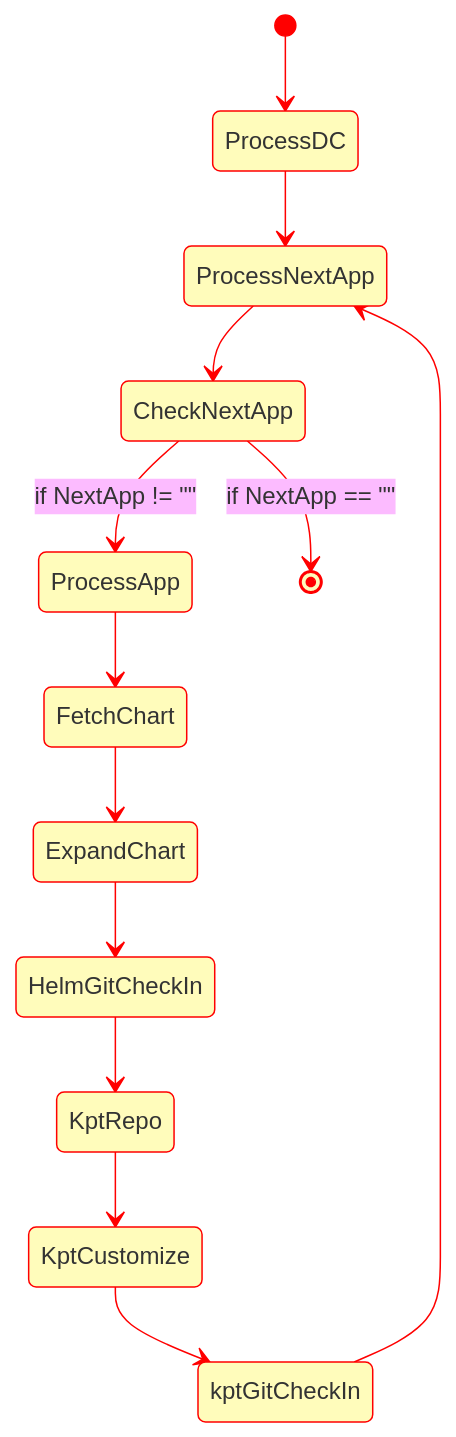
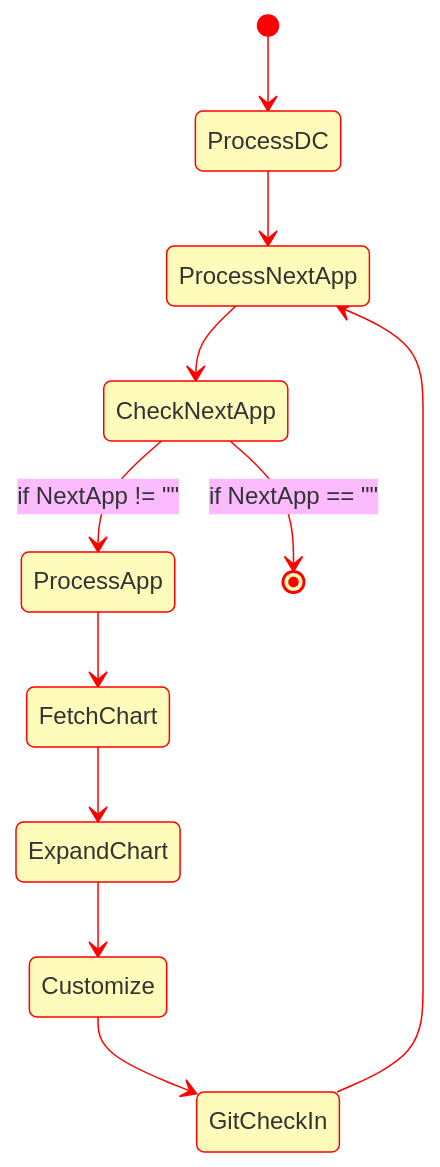
The diagram in docs/index.md (seizadi/app-claim), drawn with Mermaid before and after one commit.

````diff
--- a/docs/index.md
+++ b/docs/index.md
@@ -38,18 +38,16 @@
 ```mermaid
 %%{init: {'theme': 'base', 'themeVariables': { 'primaryColor': '#fffcbb', 'lineColor': '#ff0000', 'primaryBorderColor': '#ff0000'}}}%%
 stateDiagram-v2
 
 [*] --> ProcessDC
 ProcessDC --> ProcessNextApp
 ProcessNextApp --> CheckNextApp
 state CheckNextApp <<choice>>
 CheckNextApp --> ProcessApp: if NextApp != ""
 CheckNextApp --> [*] : if NextApp == ""
 ProcessApp --> FetchChart
 FetchChart --> ExpandChart
-ExpandChart --> HelmGitCheckIn
-HelmGitCheckIn --> KptRepo
-KptRepo --> KptCustomize
-KptCustomize --> kptGitCheckIn
-kptGitCheckIn --> ProcessNextApp
+ExpandChart --> Customize
+Customize --> GitCheckIn
+GitCheckIn --> ProcessNextApp
 ```
````
